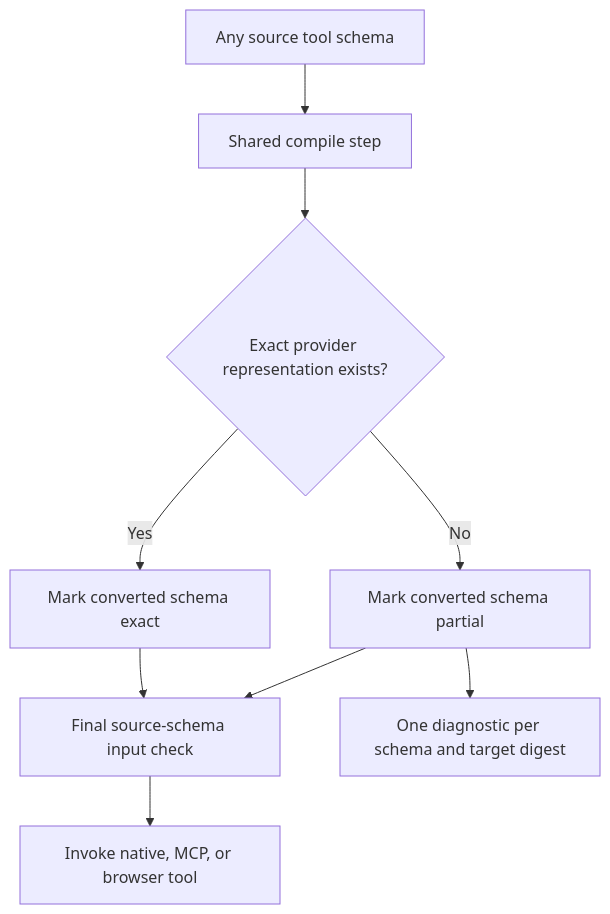
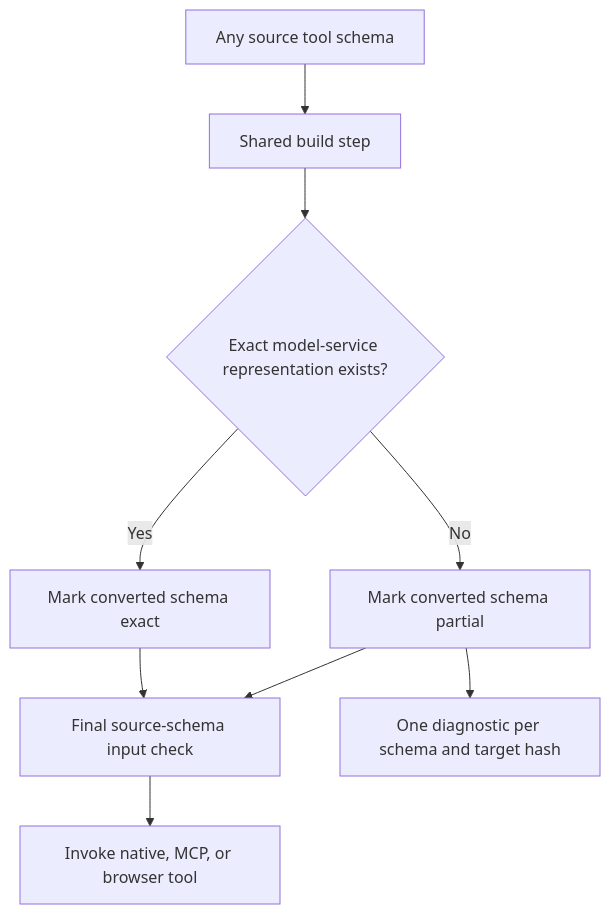
Diagram 24 of 29 in docs/superpowers/plans/2026-08-08-noema-practical-reliability-roadmap.md (kpsuperplane/Noema), drawn with Mermaid before and after one commit. The commit also changed other lines of this file, not shown here.

Commit message:
docs: apply plain terms across roadmap

````diff
--- a/docs/superpowers/plans/2026-08-08-noema-practical-reliability-roadmap.md
+++ b/docs/superpowers/plans/2026-08-08-noema-practical-reliability-roadmap.md
@@ -1390,17 +1398,17 @@
 ```mermaid
 flowchart TD
     A["Any source tool schema"]
-    B["Shared compile step"]
-    C{"Exact provider representation exists?"}
+    B["Shared build step"]
+    C{"Exact model-service representation exists?"}
     D["Mark converted schema exact"]
     E["Mark converted schema partial"]
     F["Final source-schema input check"]
     G["Invoke native, MCP, or browser tool"]
-    H["One diagnostic per schema and target digest"]
+    H["One diagnostic per schema and target hash"]
 
     A --> B --> C
     C -->|Yes| D --> F
     C -->|No| E --> F
     E --> H
     F --> G
 ```
````
